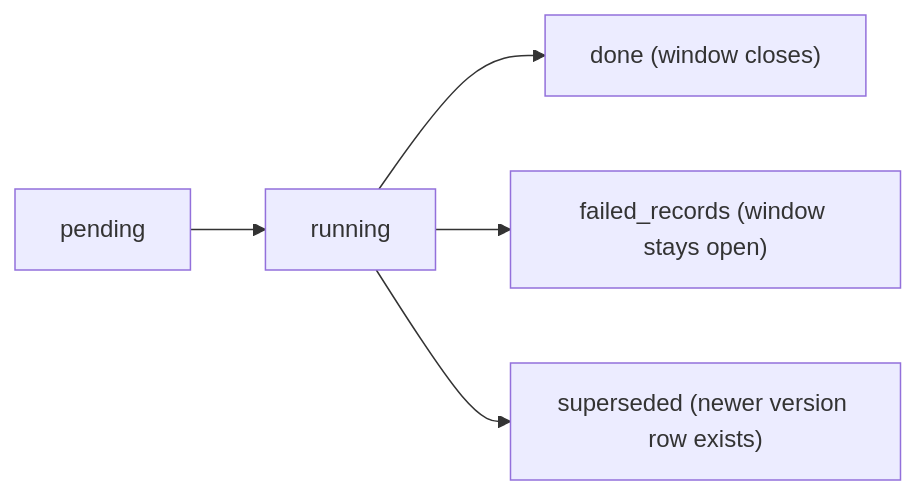
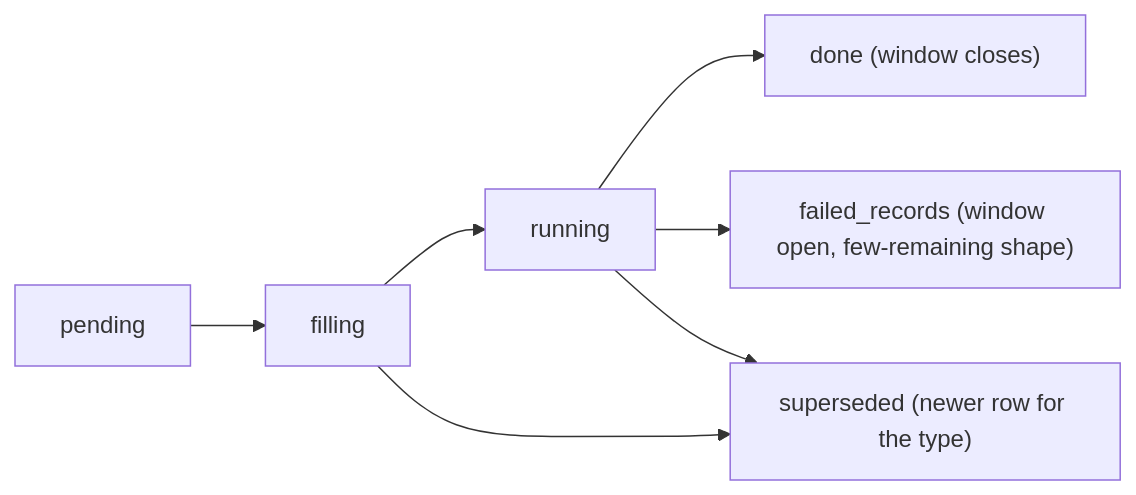
Before and after one commit to Navaladi2019/TicketingSystem: the second of 2 diagrams in docs/adr/ADR-009/rfc/RFC-021-schema-version-backfill.md, drawn with Mermaid. The commit also changed other lines of this file and 3 other files, not shown here.

````diff
--- a/docs/adr/ADR-009/rfc/RFC-021-schema-version-backfill.md
+++ b/docs/adr/ADR-009/rfc/RFC-021-schema-version-backfill.md
@@ -137,7 +150,9 @@
 ```mermaid
 flowchart LR
-  P["pending"] --> Ru["running"]
+  P["pending"] --> Fi["filling"]
+  Fi --> Ru["running"]
   Ru --> D["done (window closes)"]
-  Ru --> F["failed_records (window stays open)"]
-  Ru --> S["superseded (newer version row exists)"]
+  Ru --> F["failed_records (window open, few-remaining shape)"]
+  Fi --> S["superseded (newer row for the type)"]
+  Ru --> S
 ```
````
